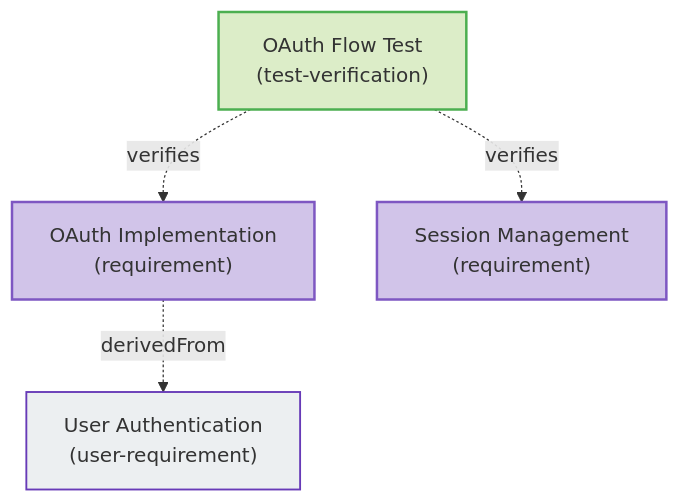
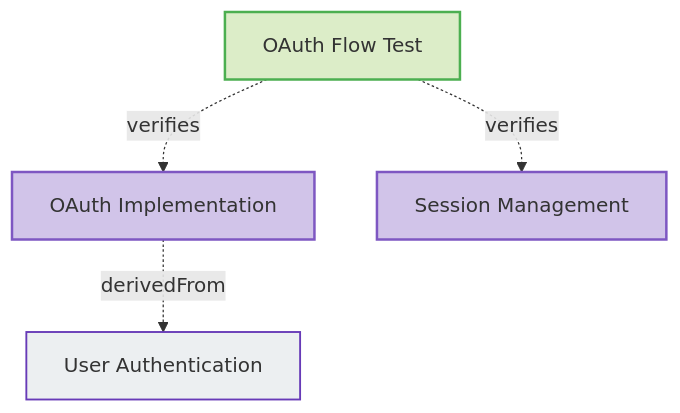
One commit to reqvire-org/reqvire changed the first of 6 diagrams in tests/test-verification-traces/expected_redundant_output.md. Above: the diagram before and after it, drawn with Mermaid. The commit also changed other lines of this file and 137 other files, not shown here.

First line of the commit message:
Add attachment display to diagrams and fix navigation button removal

````diff
--- a/tests/test-verification-traces/expected_redundant_output.md
+++ b/tests/test-verification-traces/expected_redundant_output.md
@@ -9,20 +9,20 @@
 ```mermaid
 graph TD
   classDef userRequirement fill:#D1C4E9,stroke:#7E57C2,stroke-width:2px;
   classDef systemRequirement fill:#E1D8EE,stroke:#673AB7,stroke-width:1.5px;
   classDef requirement fill:#ECEFF1,stroke:#673AB7,stroke-width:1.5px;
   classDef verified fill:#D1C4E9,stroke:#7E57C2,stroke-width:2px;
   classDef verification fill:#DCEDC8,stroke:#4CAF50,stroke-width:2px;
 
-  bfd26e943c93f2b8["OAuth Flow Test<br>(test-verification)"]:::verification
+  bfd26e943c93f2b8["OAuth Flow Test"]:::verification
   click bfd26e943c93f2b8 "specifications/Verifications/Tests.md#oauth-flow-test";
-  d5a439e4972ea591["OAuth Implementation<br>(requirement)"]:::verified
+  d5a439e4972ea591["OAuth Implementation"]:::verified
   click d5a439e4972ea591 "specifications/SystemRequirements.md#oauth-implementation";
   bfd26e943c93f2b8 -.->|verifies| d5a439e4972ea591;
-  2934ea21a1d898a3["User Authentication<br>(user-requirement)"]:::requirement
+  2934ea21a1d898a3["User Authentication"]:::requirement
   click 2934ea21a1d898a3 "specifications/UserRequirements.md#user-authentication";
   d5a439e4972ea591 -.->|derivedFrom| 2934ea21a1d898a3;
-  5a755bb51a740c10["Session Management<br>(requirement)"]:::verified
+  5a755bb51a740c10["Session Management"]:::verified
   click 5a755bb51a740c10 "specifications/SystemRequirements.md#session-management";
   bfd26e943c93f2b8 -.->|verifies| 5a755bb51a740c10;
 ```
````
